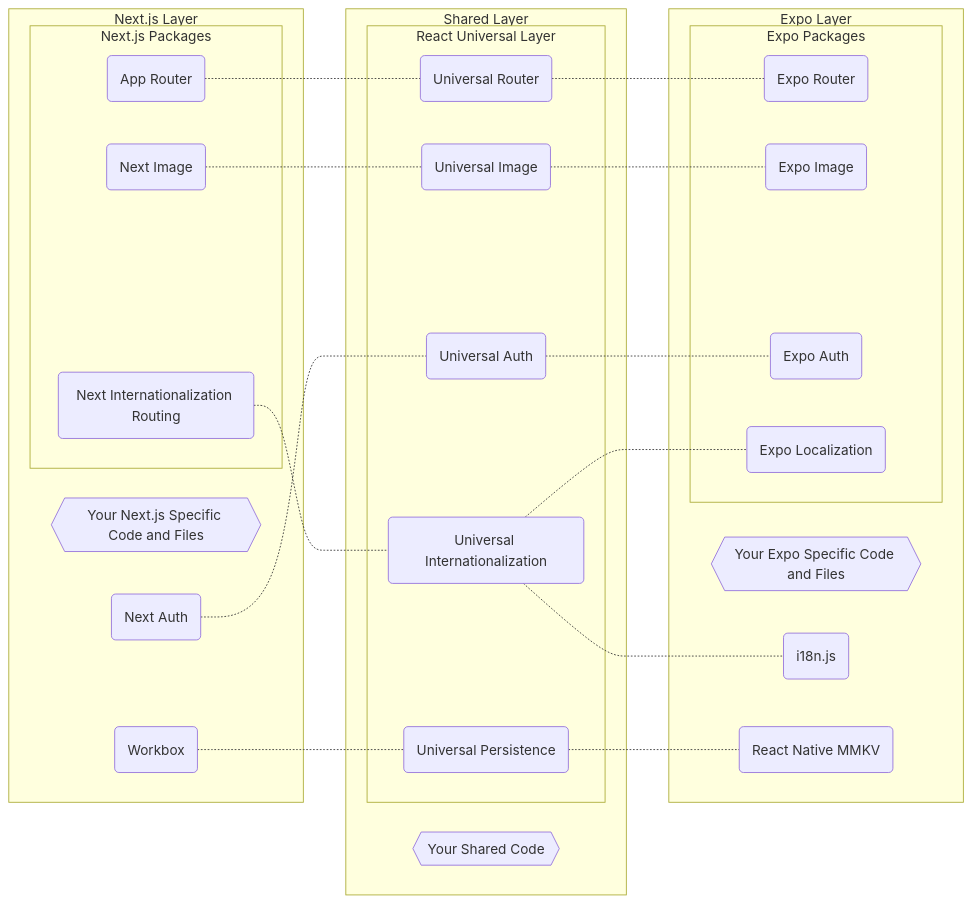
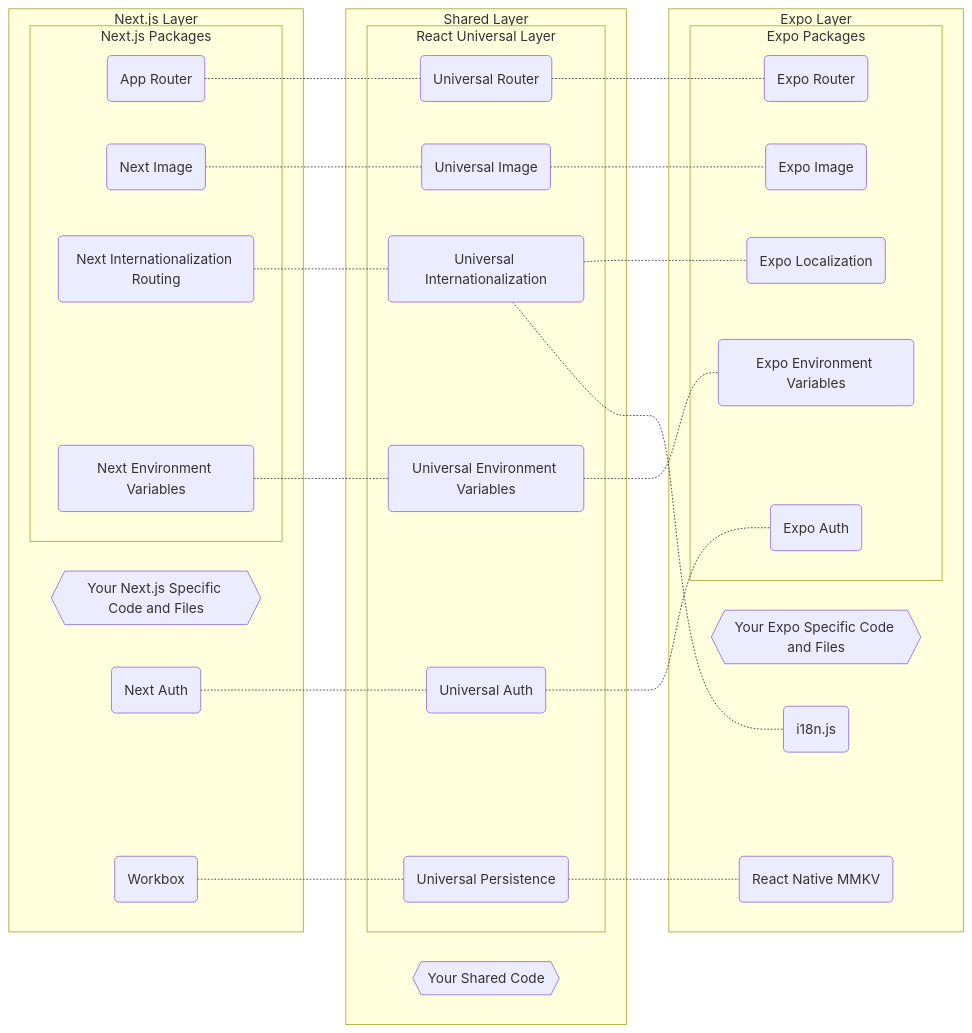
One commit to gloredo/react-blend changed the diagram in README.md. Above: the diagram before and after it, drawn with Mermaid. The commit also changed other lines of this file, not shown here.

````diff
--- a/README.md
+++ b/README.md
@@ -56,66 +57,73 @@
 ```mermaid
 graph LR
 
 next-specific{{Your Next.js Specific Code and Files}}
 app-router(App Router)
 next-image(Next Image)
 next-auth(Next Auth)
 next-i18n(Next Internationalization Routing)
+next-env-vars(Next Environment Variables)
 workbox(Workbox)
 
 expo-specific{{Your Expo Specific Code and Files}}
 expo-router(Expo Router)
 expo-image(Expo Image)
 expo-auth(Expo Auth)
 expo-localization(Expo Localization)
 i18n-js(i18n.js)
+expo-env-vars(Expo Environment Variables)
 rn-mmkv(React Native MMKV)
 
 shared-code{{Your Shared Code}}
 rul-router(Universal Router)
 rul-image(Universal Image)
 rul-auth(Universal Auth)
 rul-internationalization(Universal Internationalization)
+rul-env-vars(Universal Environment Variables)
 rul-persistence(Universal Persistence)
 
 subgraph Next.js Layer
     next-specific
     subgraph Next.js Packages
         app-router
         next-image
         next-i18n
+        next-env-vars
     end
     next-auth
     workbox
 end
 
 subgraph Expo Layer
     expo-specific
     subgraph Expo Packages
         expo-router
         expo-image
+        expo-env-vars
+        expo-localization
         expo-auth
-        expo-localization
     end
     i18n-js
     rn-mmkv
 end
 
 subgraph Shared Layer
     shared-code
     subgraph React Universal Layer
         rul-router
         rul-image
-        rul-auth
+        rul-env-vars
         rul-internationalization
         rul-persistence
+        rul-auth
     end
 end
 
 app-router -.- rul-router -.- expo-router
 next-image -.- rul-image -.- expo-image
 next-auth -.- rul-auth -.- expo-auth
 next-i18n -.- rul-internationalization -.- expo-localization
 rul-internationalization -.- i18n-js
+next-env-vars -.- rul-env-vars -.- expo-env-vars
 workbox -.- rul-persistence -.- rn-mmkv
 ```
````
